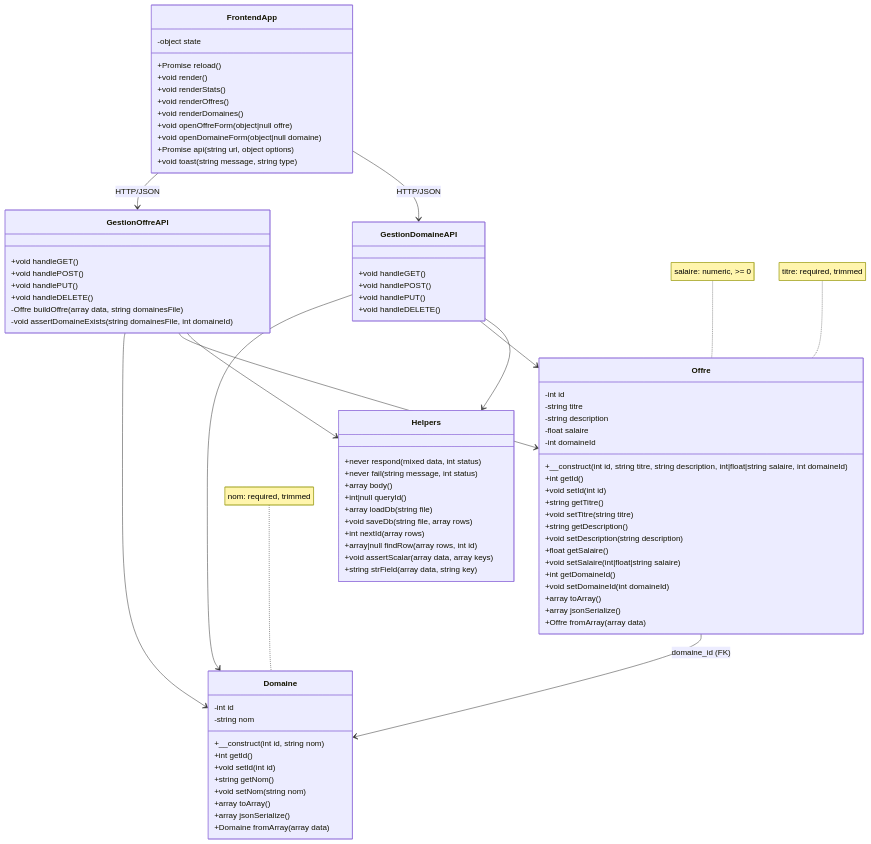
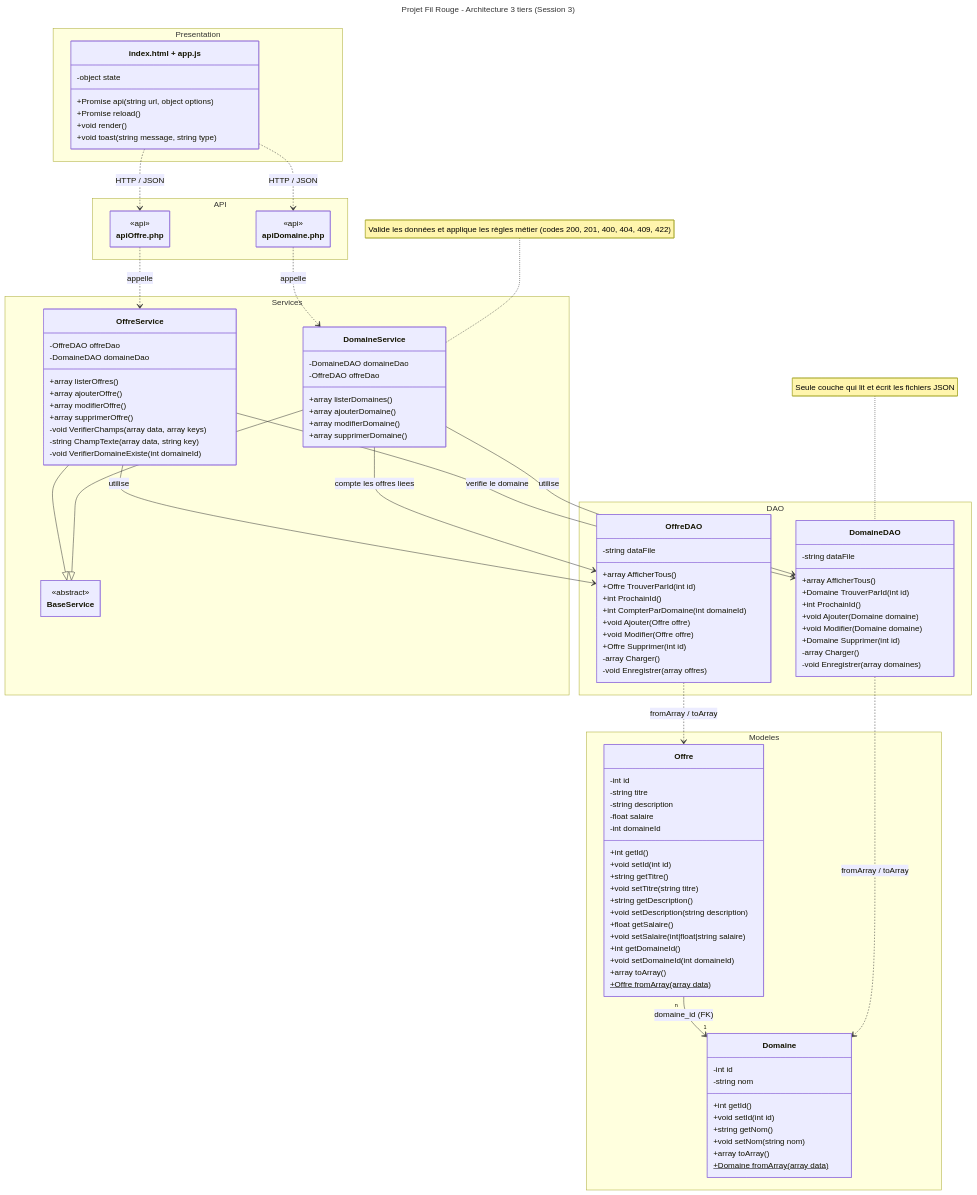
One commit to DgharMohamed/Projet-Fil-Rouge changed the diagram in docs/classDiagram.mmd. Above: the diagram before and after it, drawn with Mermaid. The commit also changed 8 other files, not shown here.

Commit message:
Projet Fil Rouge

```diff
--- a/docs/classDiagram.mmd
+++ b/docs/classDiagram.mmd
@@ -1,94 +1,136 @@
+---
+title: Projet Fil Rouge - Architecture 3 tiers (Session 3)
+config:
+  class:
+    hideEmptyMembersBox: true
+---
 classDiagram
-    class Domaine {
-        -int id
-        -string nom
-        +__construct(int id, string nom)
-        +int getId()
-        +void setId(int id)
-        +string getNom()
-        +void setNom(string nom)
-        +array toArray()
-        +array jsonSerialize()
-        +Domaine fromArray(array data)
+    direction TB
+
+    namespace Presentation {
+        class FrontendApp["index.html + app.js"] {
+            -object state
+            +Promise api(string url, object options)
+            +Promise reload()
+            +void render()
+            +void toast(string message, string type)
+        }
     }
 
-    class Offre {
-        -int id
-        -string titre
-        -string description
-        -float salaire
-        -int domaineId
-        +__construct(int id, string titre, string description, int|float|string salaire, int domaineId)
-        +int getId()
-        +void setId(int id)
-        +string getTitre()
-        +void setTitre(string titre)
-        +string getDescription()
-        +void setDescription(string description)
-        +float getSalaire()
-        +void setSalaire(int|float|string salaire)
-        +int getDomaineId()
-        +void setDomaineId(int domaineId)
-        +array toArray()
-        +array jsonSerialize()
-        +Offre fromArray(array data)
+    namespace API {
+        class apiDomainePHP["apiDomaine.php"] {
+            <<api>>
+        }
+
+        class apiOffrePHP["apiOffre.php"] {
+            <<api>>
+        }
     }
 
-    class GestionOffreAPI {
-        +void handleGET()
-        +void handlePOST()
-        +void handlePUT()
-        +void handleDELETE()
-        -Offre buildOffre(array data, string domainesFile)
-        -void assertDomaineExists(string domainesFile, int domaineId)
+    namespace Services {
+        class BaseService {
+            <<abstract>>
+        }
+
+        class DomaineService {
+            -DomaineDAO domaineDao
+            -OffreDAO offreDao
+            +array listerDomaines()
+            +array ajouterDomaine()
+            +array modifierDomaine()
+            +array supprimerDomaine()
+        }
+
+        class OffreService {
+            -OffreDAO offreDao
+            -DomaineDAO domaineDao
+            +array listerOffres()
+            +array ajouterOffre()
+            +array modifierOffre()
+            +array supprimerOffre()
+            -void VerifierChamps(array data, array keys)
+            -string ChampTexte(array data, string key)
+            -void VerifierDomaineExiste(int domaineId)
+        }
     }
 
-    class GestionDomaineAPI {
-        +void handleGET()
-        +void handlePOST()
-        +void handlePUT()
-        +void handleDELETE()
+    namespace DAO {
+        class DomaineDAO {
+            -string dataFile
+            +array AfficherTous()
+            +Domaine TrouverParId(int id)
+            +int ProchainId()
+            +void Ajouter(Domaine domaine)
+            +void Modifier(Domaine domaine)
+            +Domaine Supprimer(int id)
+            -array Charger()
+            -void Enregistrer(array domaines)
+        }
+
+        class OffreDAO {
+            -string dataFile
+            +array AfficherTous()
+            +Offre TrouverParId(int id)
+            +int ProchainId()
+            +int CompterParDomaine(int domaineId)
+            +void Ajouter(Offre offre)
+            +void Modifier(Offre offre)
+            +Offre Supprimer(int id)
+            -array Charger()
+            -void Enregistrer(array offres)
+        }
     }
 
-    class Helpers {
-        +never respond(mixed data, int status)
-        +never fail(string message, int status)
-        +array body()
-        +int|null queryId()
-        +array loadDb(string file)
-        +void saveDb(string file, array rows)
-        +int nextId(array rows)
-        +array|null findRow(array rows, int id)
-        +void assertScalar(array data, array keys)
-        +string strField(array data, string key)
+    namespace Modeles {
+        class Domaine {
+            -int id
+            -string nom
+            +int getId()
+            +void setId(int id)
+            +string getNom()
+            +void setNom(string nom)
+            +array toArray()
+            +Domaine fromArray(array data)$
+        }
+
+        class Offre {
+            -int id
+            -string titre
+            -string description
+            -float salaire
+            -int domaineId
+            +int getId()
+            +void setId(int id)
+            +string getTitre()
+            +void setTitre(string titre)
+            +string getDescription()
+            +void setDescription(string description)
+            +float getSalaire()
+            +void setSalaire(int|float|string salaire)
+            +int getDomaineId()
+            +void setDomaineId(int domaineId)
+            +array toArray()
+            +Offre fromArray(array data)$
+        }
     }
 
-    class FrontendApp {
-        -object state
-        +Promise reload()
-        +void render()
-        +void renderStats()
-        +void renderOffres()
-        +void renderDomaines()
-        +void openOffreForm(object|null offre)
-        +void openDomaineForm(object|null domaine)
-        +Promise api(string url, object options)
-        +void toast(string message, string type)
-    }
+    DomaineService --|> BaseService
+    OffreService --|> BaseService
 
-    GestionOffreAPI --> Domaine
-    GestionOffreAPI --> Offre
-    GestionOffreAPI --> Helpers
+    FrontendApp ..> apiDomainePHP : HTTP / JSON
+    FrontendApp ..> apiOffrePHP : HTTP / JSON
+    apiDomainePHP ..> DomaineService : appelle
+    apiOffrePHP ..> OffreService : appelle
 
-    GestionDomaineAPI --> Domaine
-    GestionDomaineAPI --> Offre
-    GestionDomaineAPI --> Helpers
+    DomaineService --> DomaineDAO : utilise
+    DomaineService --> OffreDAO : compte les offres liees
+    OffreService --> OffreDAO : utilise
+    OffreService --> DomaineDAO : verifie le domaine
 
-    FrontendApp --> GestionOffreAPI : HTTP/JSON
-    FrontendApp --> GestionDomaineAPI : HTTP/JSON
+    DomaineDAO ..> Domaine : fromArray / toArray
+    OffreDAO ..> Offre : fromArray / toArray
 
-    Offre --> Domaine : domaine_id (FK)
+    Offre "n" --> "1" Domaine : domaine_id (FK)
 
-    note for Offre "salaire: numeric, >= 0"
-    note for Domaine "nom: required, trimmed"
-    note for Offre "titre: required, trimmed"
+    note for DomaineDAO "Seule couche qui lit et écrit les fichiers JSON"
+    note for DomaineService "Valide les données et applique les règles métier (codes 200, 201, 400, 404, 409, 422)"
```
